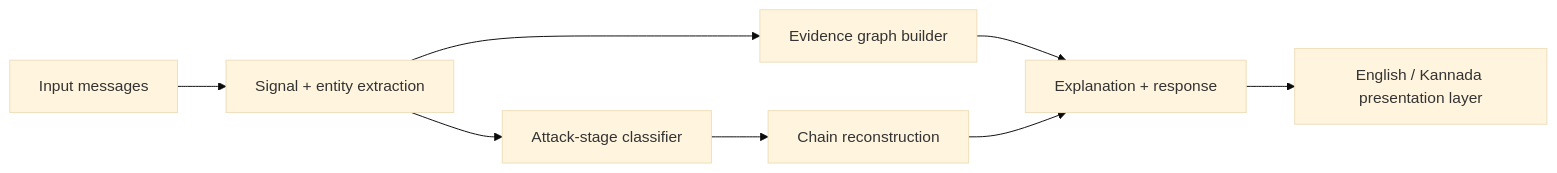
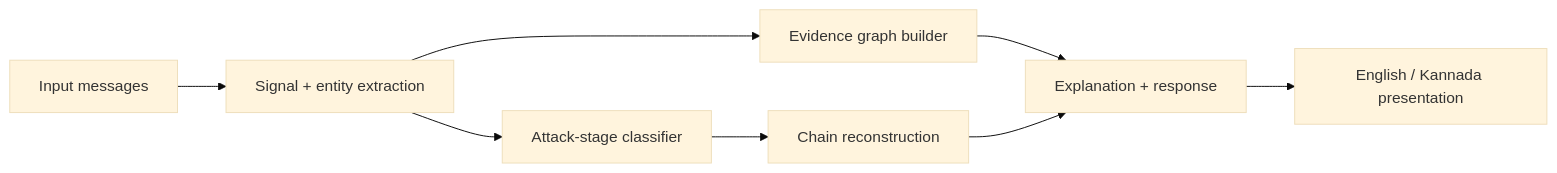
One commit to kishorkumargw/scamchain-async26 changed the diagram in README.md. Above: the diagram before and after it, drawn with Mermaid (base theme). The commit also changed other lines of this file and 13 other files, not shown here.

````diff
--- a/README.md
+++ b/README.md
@@ -36,10 +29,10 @@
 ```mermaid
 flowchart LR
     A[Input messages] --> B[Signal + entity extraction]
     B --> C[Evidence graph builder]
     B --> D[Attack-stage classifier]
     D --> E[Chain reconstruction]
     C --> F[Explanation + response]
     E --> F
-    F --> G[English / Kannada presentation layer]
+    F --> G[English / Kannada presentation]
 ```
````
